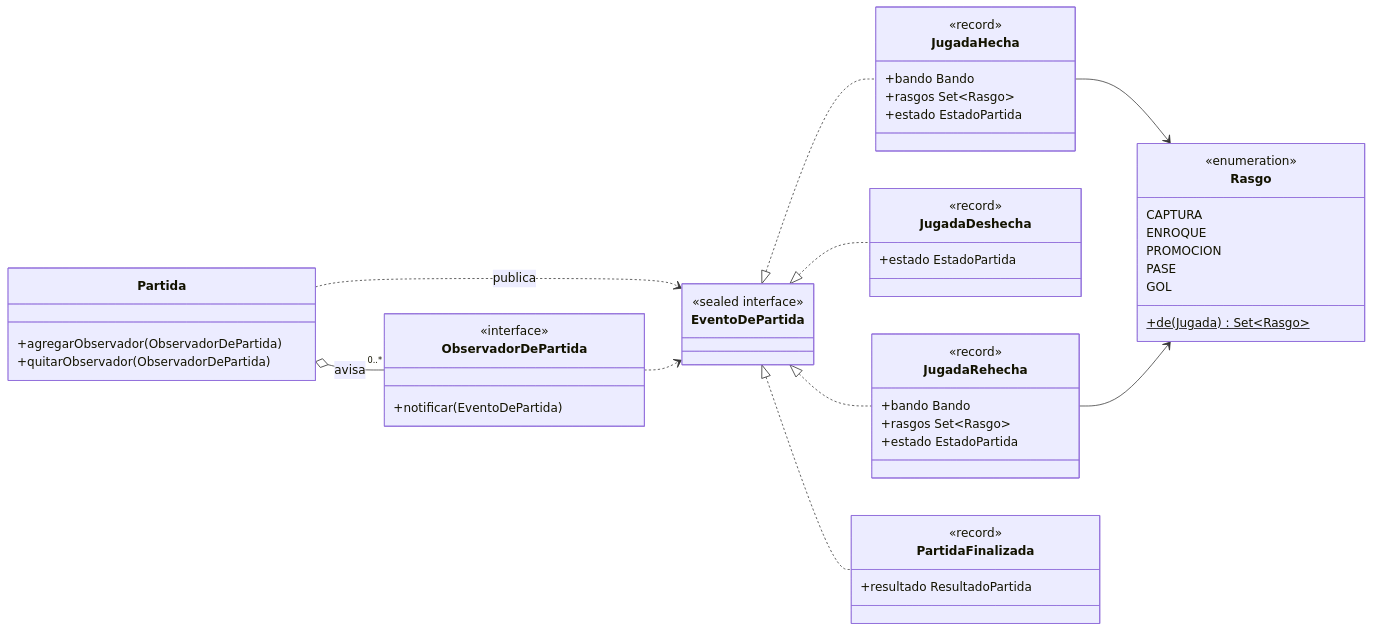
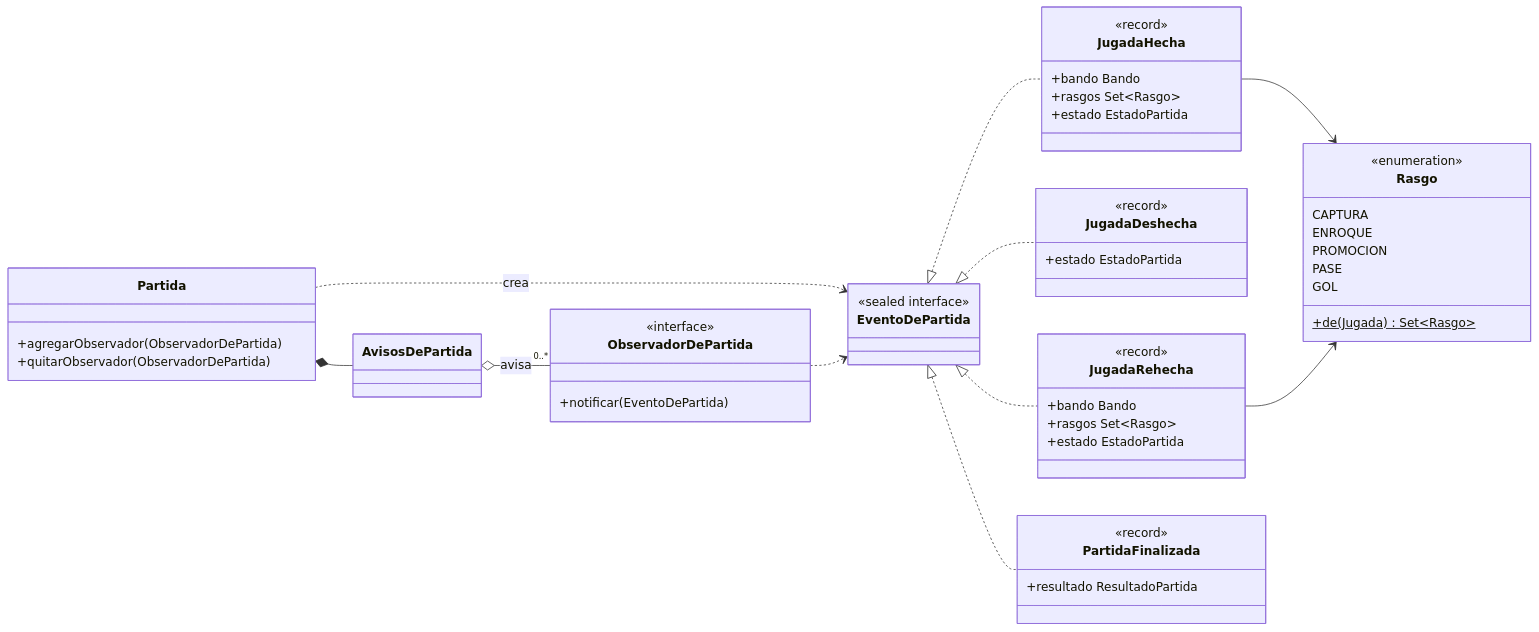
One commit to JoaquinIgnacioCampos/Chiquichess changed the second of 3 diagrams in docs/uml/05-partida.md. Above: the diagram before and after it, drawn with Mermaid. The commit also changed other lines of this file and 20 other files, not shown here.

````diff
--- a/docs/uml/05-partida.md
+++ b/docs/uml/05-partida.md
@@ -99,55 +137,57 @@
 ```mermaid
 classDiagram
     direction LR
 
     class Partida {
         +agregarObservador(ObservadorDePartida)
         +quitarObservador(ObservadorDePartida)
     }
+    class AvisosDePartida
     class ObservadorDePartida {
         <<interface>>
         +notificar(EventoDePartida)
     }
     class EventoDePartida {
         <<sealed interface>>
     }
     class JugadaHecha {
         <<record>>
         +bando Bando
         +rasgos Set~Rasgo~
         +estado EstadoPartida
     }
     class JugadaDeshecha {
         <<record>>
         +estado EstadoPartida
     }
     class JugadaRehecha {
         <<record>>
         +bando Bando
         +rasgos Set~Rasgo~
         +estado EstadoPartida
     }
     class PartidaFinalizada {
         <<record>>
         +resultado ResultadoPartida
     }
     class Rasgo {
         <<enumeration>>
         CAPTURA
         ENROQUE
         PROMOCION
         PASE
         GOL
         +de(Jugada)$ Set~Rasgo~
     }
 
-    Partida o-- "0..*" ObservadorDePartida : avisa
-    Partida ..> EventoDePartida : publica
+    Partida *-- AvisosDePartida
+    AvisosDePartida o-- "0..*" ObservadorDePartida : avisa
+    Partida ..> EventoDePartida : crea
     ObservadorDePartida ..> EventoDePartida
     EventoDePartida <|.. JugadaHecha
     EventoDePartida <|.. JugadaDeshecha
     EventoDePartida <|.. JugadaRehecha
     EventoDePartida <|.. PartidaFinalizada
     JugadaHecha --> Rasgo
     JugadaRehecha --> Rasgo
 ```
````
